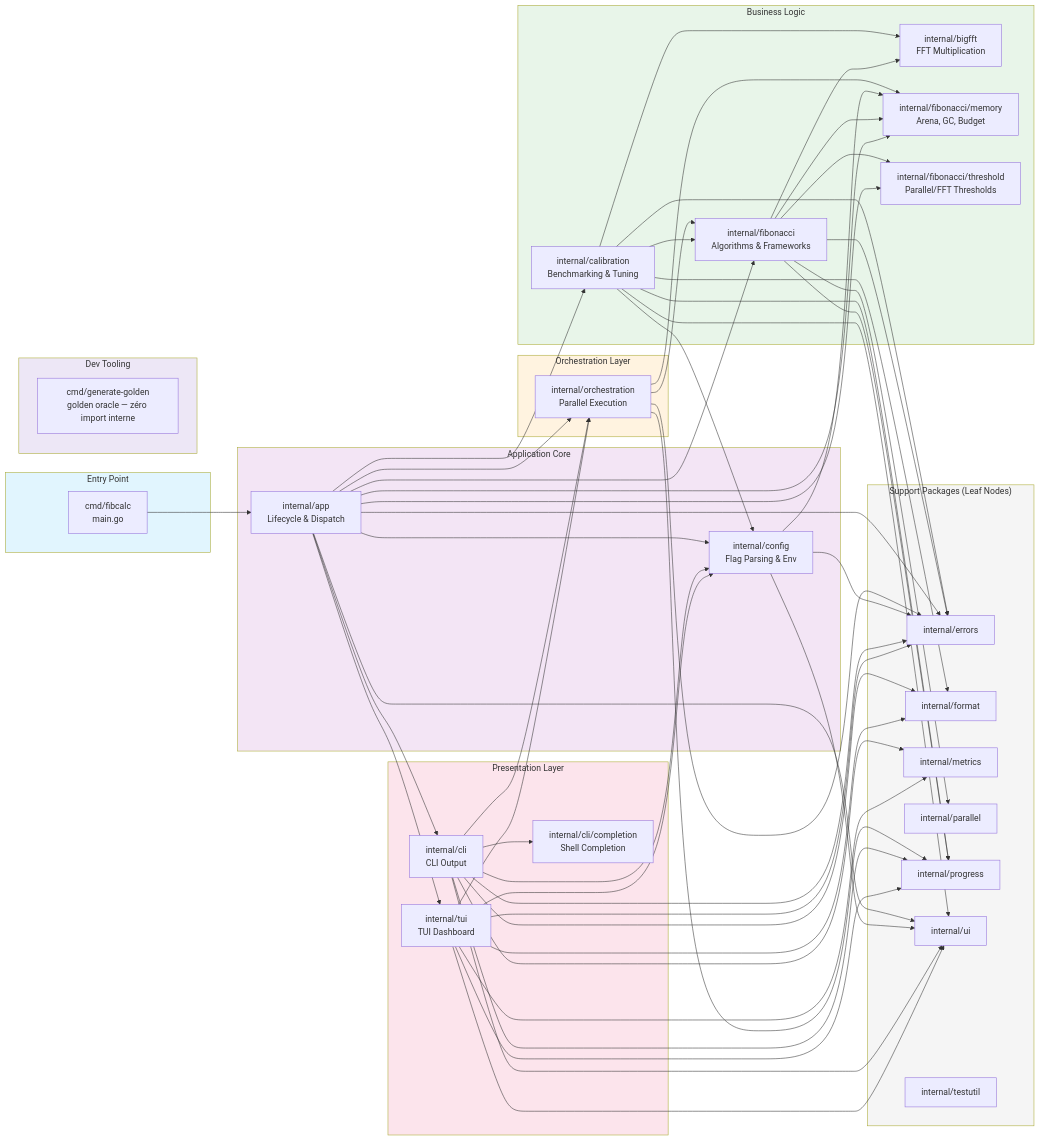
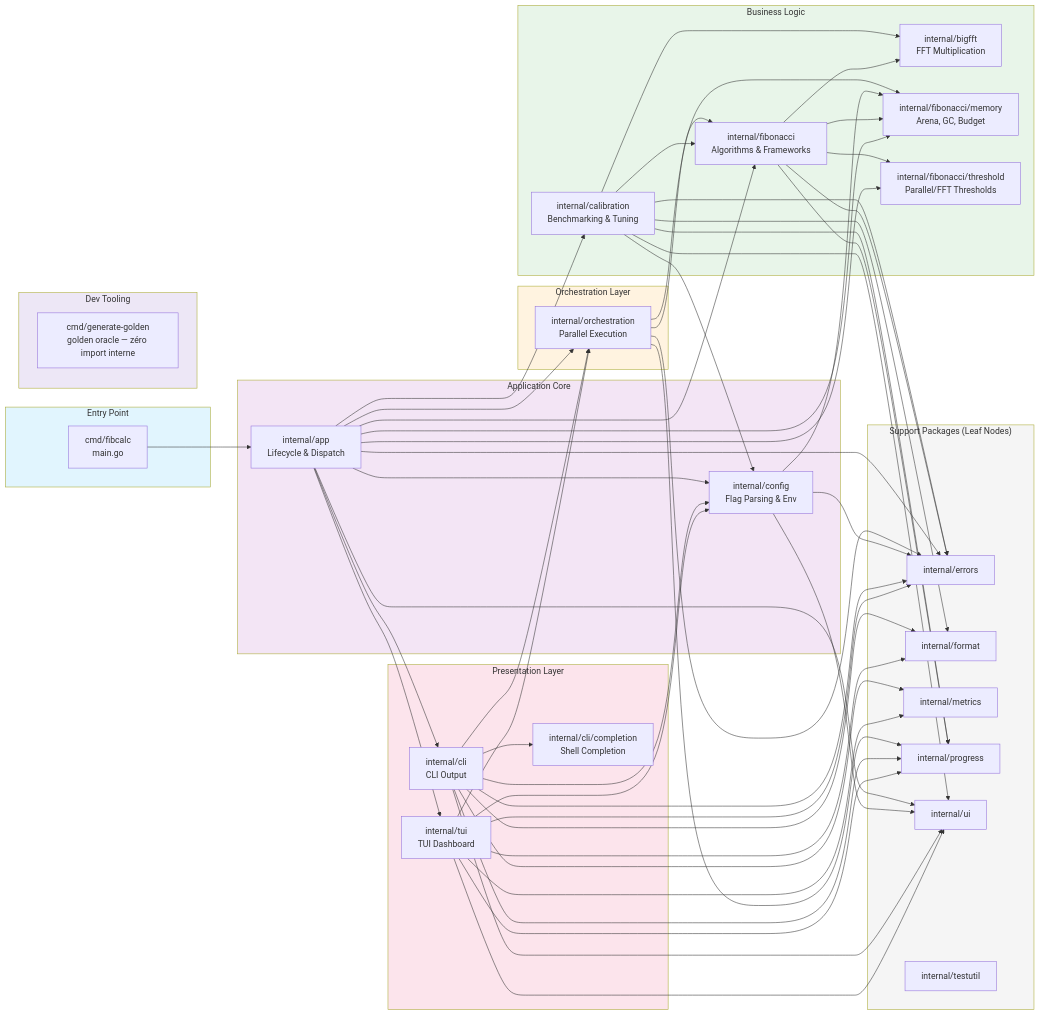
One commit to agbruneau/Fibonacci changed the diagram in docs/architecture/dependency-graph.mermaid. Above: the diagram before and after it, drawn with Mermaid. The commit also changed 6 other files, not shown here.

First line of the commit message:
refactor(fibonacci): delete internal/parallel, migrate to errgroup + parallel3Result

```diff
--- a/docs/architecture/dependency-graph.mermaid
+++ b/docs/architecture/dependency-graph.mermaid
@@ -1,103 +1,101 @@
 flowchart LR
     subgraph Entry["Entry Point"]
         main["cmd/fibcalc<br/>main.go"]
     end
 
     subgraph Tooling["Dev Tooling"]
         gen["cmd/generate-golden<br/>golden oracle — zéro import interne"]
     end
 
     subgraph Core["Application Core"]
         app["internal/app<br/>Lifecycle & Dispatch"]
         config["internal/config<br/>Flag Parsing & Env"]
     end
 
     subgraph Orchestration["Orchestration Layer"]
         orch["internal/orchestration<br/>Parallel Execution"]
     end
 
     subgraph Business["Business Logic"]
         fib["internal/fibonacci<br/>Algorithms & Frameworks"]
         bigfft["internal/bigfft<br/>FFT Multiplication"]
         calib["internal/calibration<br/>Benchmarking & Tuning"]
         fibmem["internal/fibonacci/memory<br/>Arena, GC, Budget"]
         fibthr["internal/fibonacci/threshold<br/>Parallel/FFT Thresholds"]
     end
 
     subgraph Presentation["Presentation Layer"]
         cli["internal/cli<br/>CLI Output"]
         completion["internal/cli/completion<br/>Shell Completion"]
         tui["internal/tui<br/>TUI Dashboard"]
     end
 
     subgraph Support["Support Packages (Leaf Nodes)"]
         errors["internal/errors"]
         format["internal/format"]
         metrics["internal/metrics"]
-        parallel["internal/parallel"]
         progress["internal/progress"]
         ui["internal/ui"]
         testutil["internal/testutil"]
     end
 
     main --> app
     app --> config
     app --> orch
     app --> cli
     app --> tui
     app --> calib
     app --> fib
     app --> errors
     app --> ui
 
     orch --> fib
     orch --> errors
     orch --> progress
     orch --> fibmem
 
     config --> errors
     config --> fibmem
     config --> ui
 
     calib --> fib
     calib --> bigfft
     calib --> config
     calib --> errors
     calib --> format
     calib --> ui
     calib --> progress
 
     fib --> bigfft
     fib --> errors
-    fib --> parallel
     fib --> progress
     fib --> fibmem
     fib --> fibthr
 
     cli --> completion
     cli --> format
     cli --> errors
     cli --> metrics
     cli --> ui
     cli --> orch
     cli --> config
     cli --> progress
 
     tui --> format
     tui --> metrics
     tui --> ui
     tui --> errors
     tui --> config
     tui --> orch
     tui --> progress
 
     app --> fibmem
     app --> fibthr
 
     style Entry fill:#e1f5fe
     style Tooling fill:#ede7f6
     style Core fill:#f3e5f5
     style Orchestration fill:#fff3e0
     style Business fill:#e8f5e9
     style Presentation fill:#fce4ec
     style Support fill:#f5f5f5
```
